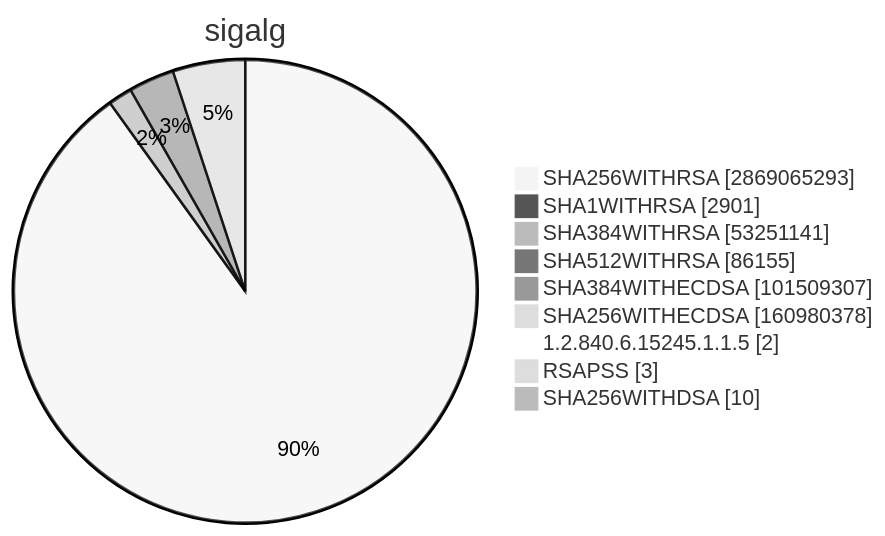
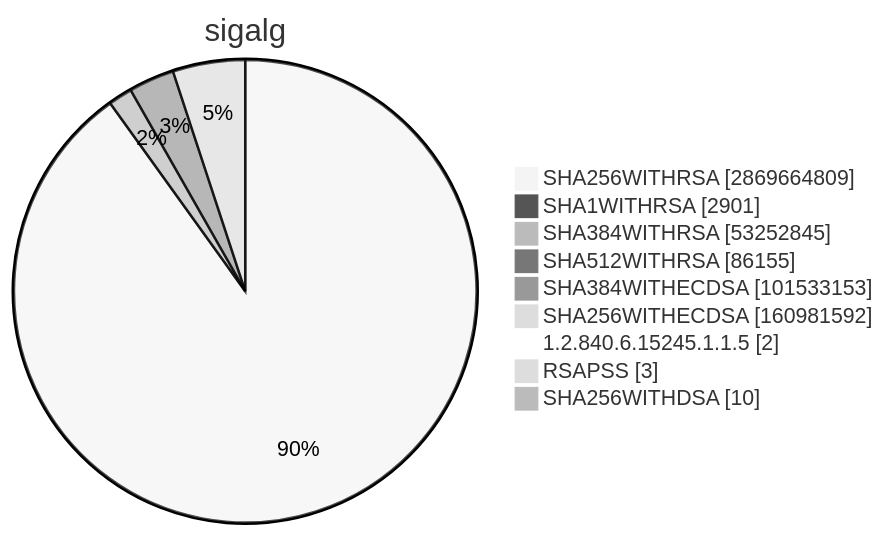
Diagram 15 of 15 in TOTAL/README.md (christiankrug/ctmonitor_visualization), drawn with Mermaid (neutral theme) before and after one commit. The commit also changed other lines of this file, not shown here.

````diff
--- a/TOTAL/README.md
+++ b/TOTAL/README.md
@@ -6207,13 +6207,13 @@
 ```mermaid
 pie showData
 title sigalg
-"SHA256WITHRSA" :2869065293
+"SHA256WITHRSA" :2869664809
 "SHA1WITHRSA" :2901
-"SHA384WITHRSA" :53251141
+"SHA384WITHRSA" :53252845
 "SHA512WITHRSA" :86155
-"SHA384WITHECDSA" :101509307
-"SHA256WITHECDSA" :160980378
+"SHA384WITHECDSA" :101533153
+"SHA256WITHECDSA" :160981592
 "1.2.840.6.15245.1.1.5" :2
 "RSAPSS" :3
 "SHA256WITHDSA" :10
 ```
````
